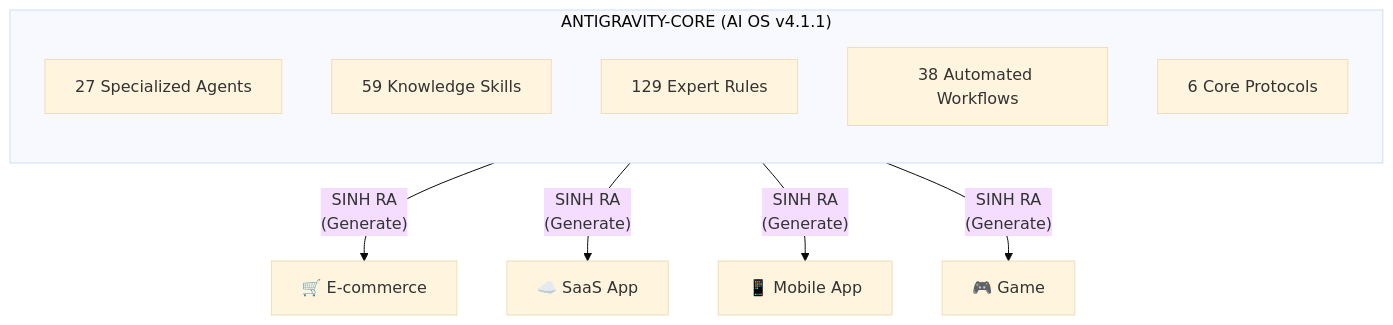
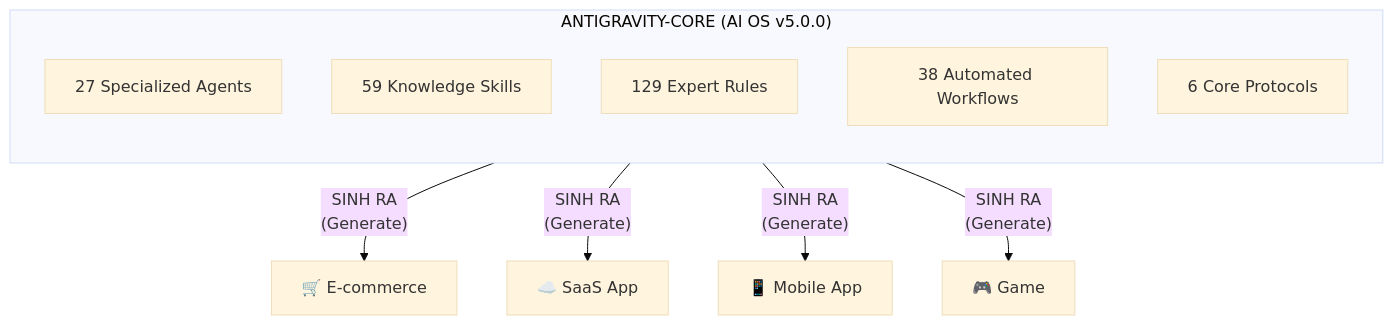
Before and after one commit to tuyenht/Antigravity-Core: the first of 2 diagrams in README.md, drawn with Mermaid (base theme). The commit also changed other lines of this file and 68 other files, not shown here.

````diff
--- a/README.md
+++ b/README.md
@@ -21,16 +21,16 @@
 ```mermaid
 graph TB
-    subgraph OS["ANTIGRAVITY-CORE (AI OS v4.1.1)"]
+    subgraph OS["ANTIGRAVITY-CORE (AI OS v5.0.0)"]
         direction TB
         A["27 Specialized Agents"]
         B["59 Knowledge Skills"]
         C["129 Expert Rules"]
         D["38 Automated Workflows"]
         E["6 Core Protocols"]
     end
 
     OS -->|"SINH RA<br/>(Generate)"| P1["🛒 E-commerce"]
     OS -->|"SINH RA<br/>(Generate)"| P2["☁️ SaaS App"]
     OS -->|"SINH RA<br/>(Generate)"| P3["📱 Mobile App"]
     OS -->|"SINH RA<br/>(Generate)"| P4["🎮 Game"]
 ```
````
